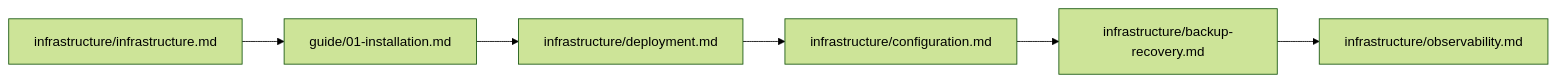
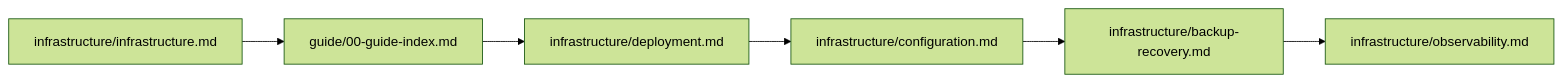
One commit to reasvyn/internara changed the second of 2 diagrams in docs/doc-index.md. Above: the diagram before and after it, drawn with Mermaid (forest theme). The commit also changed other lines of this file and 6 other files, not shown here.

````diff
--- a/docs/doc-index.md
+++ b/docs/doc-index.md
@@ -188,8 +136,8 @@
 ```mermaid
 flowchart LR
-    A[infrastructure/infrastructure.md] --> B[guide/01-installation.md]
+    A[infrastructure/infrastructure.md] --> B[guide/00-guide-index.md]
     B --> C[infrastructure/deployment.md]
     C --> D[infrastructure/configuration.md]
     D --> E[infrastructure/backup-recovery.md]
     E --> F[infrastructure/observability.md]
 ```
````
